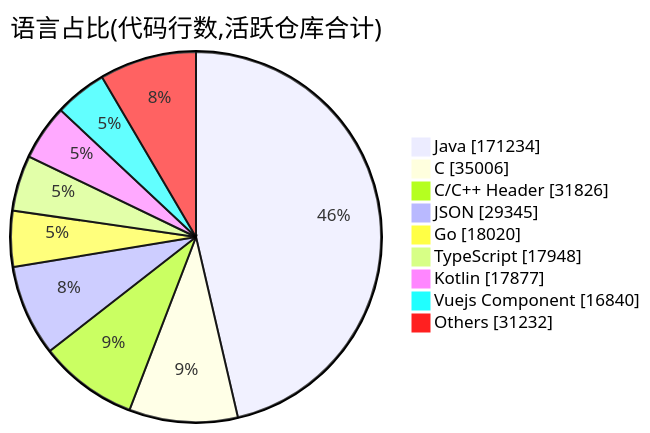
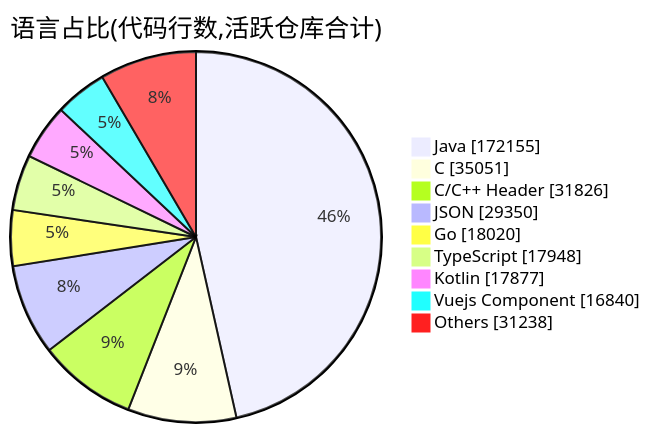
One commit to Conflux-Union/.github changed the second of 2 diagrams in profile/README.md. Above: the diagram before and after it, drawn with Mermaid. The commit also changed other lines of this file and 1 other file, not shown here.

````diff
--- a/profile/README.md
+++ b/profile/README.md
@@ -80,13 +80,13 @@
 ```mermaid
 pie showData
     title 语言占比(代码行数,活跃仓库合计)
-    "Java" : 171234
-    "C" : 35006
+    "Java" : 172155
+    "C" : 35051
     "C/C++ Header" : 31826
-    "JSON" : 29345
+    "JSON" : 29350
     "Go" : 18020
     "TypeScript" : 17948
     "Kotlin" : 17877
     "Vuejs Component" : 16840
-    "Others" : 31232
+    "Others" : 31238
 ```
````
